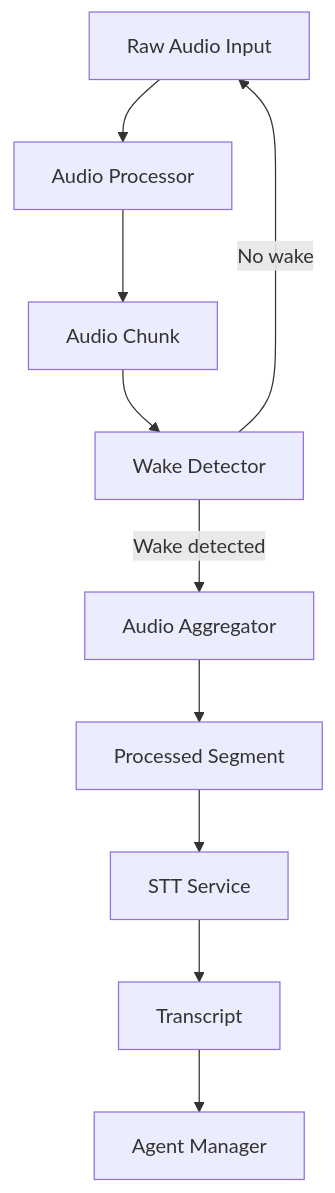
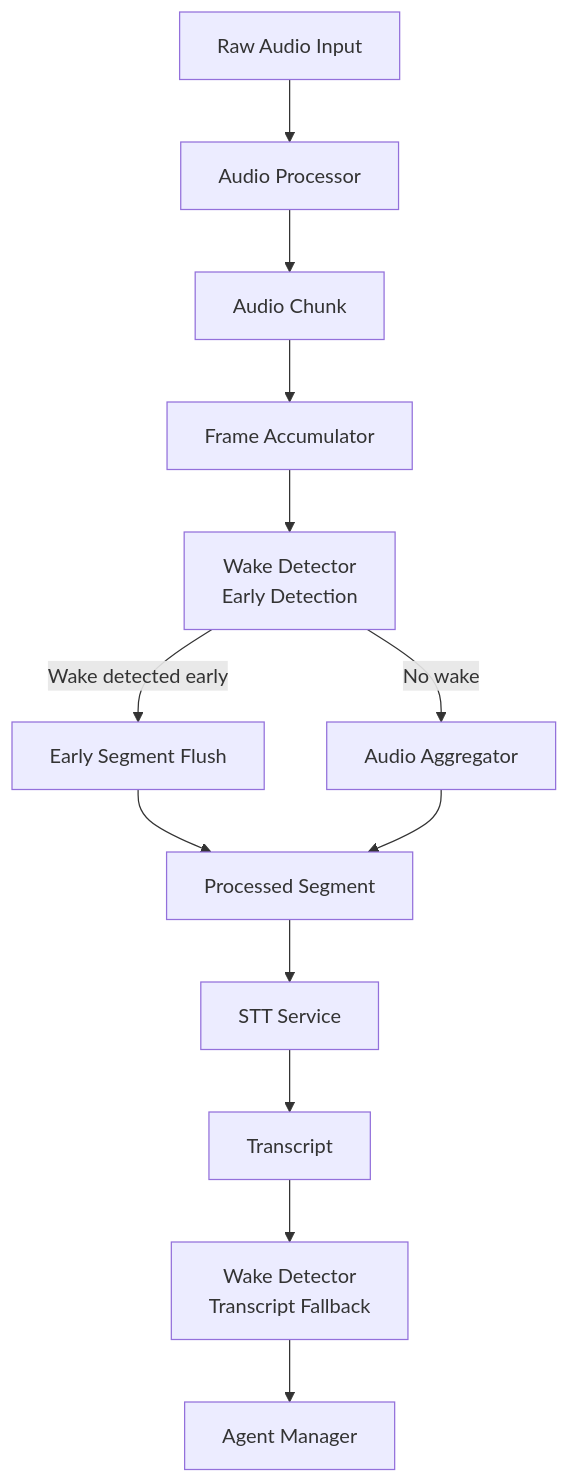
One commit to gabrielpreston/audio-orchestrator changed the diagram in docs/architecture/audio_pipeline.md. Above: the diagram before and after it, drawn with Mermaid. The commit also changed other lines of this file and 61 other files, not shown here.

First line of the commit message:
refactor: consolidate wake detection, enhance audio pipeline, and improve config system

````diff
--- a/docs/architecture/audio_pipeline.md
+++ b/docs/architecture/audio_pipeline.md
@@ -17,12 +17,15 @@
 ```mermaid
 flowchart TD
     RawAudio[Raw Audio Input] --> AudioProcessor[Audio Processor]
     AudioProcessor --> AudioChunk[Audio Chunk]
-    AudioChunk --> WakeDetector[Wake Detector]
-    WakeDetector -->|Wake detected| AudioAggregator[Audio Aggregator]
-    WakeDetector -->|No wake| RawAudio
-    AudioAggregator --> ProcessedSegment[Processed Segment]
+    AudioChunk --> FrameAccumulator[Frame Accumulator]
+    FrameAccumulator --> WakeDetector[Wake Detector<br/>Early Detection]
+    WakeDetector -->|Wake detected early| EarlyFlush[Early Segment Flush]
+    WakeDetector -->|No wake| AudioAggregator[Audio Aggregator]
+    EarlyFlush --> ProcessedSegment[Processed Segment]
+    AudioAggregator --> ProcessedSegment
     ProcessedSegment --> STT[STT Service]
     STT --> Transcript[Transcript]
-    Transcript --> AgentManager[Agent Manager]
+    Transcript --> TranscriptWake[Wake Detector<br/>Transcript Fallback]
+    TranscriptWake --> AgentManager[Agent Manager]
 ```
````
